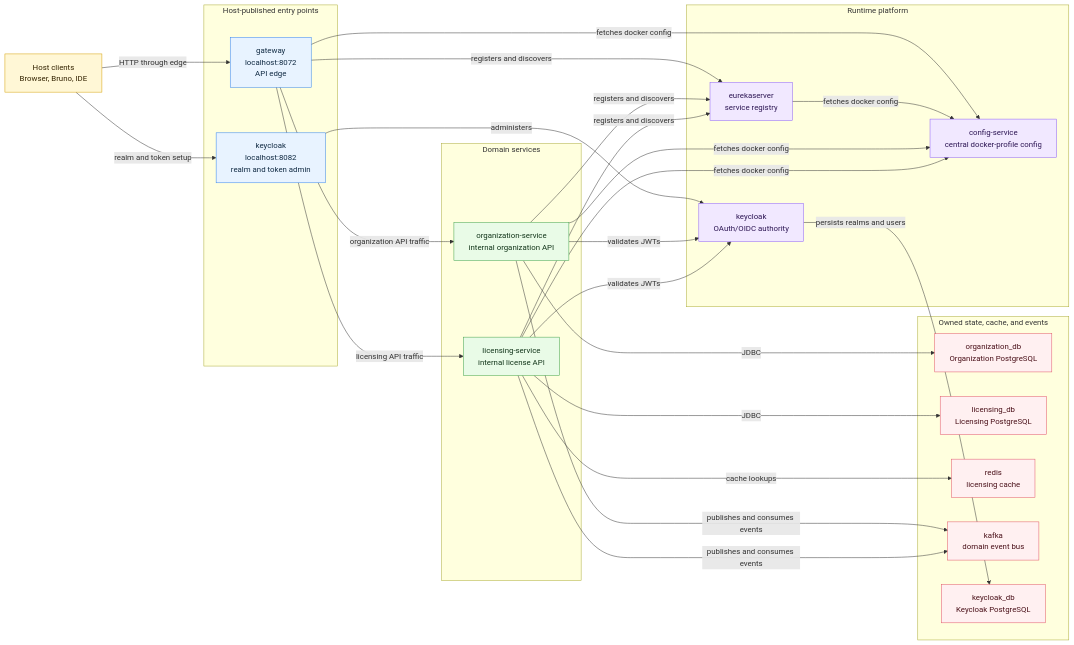
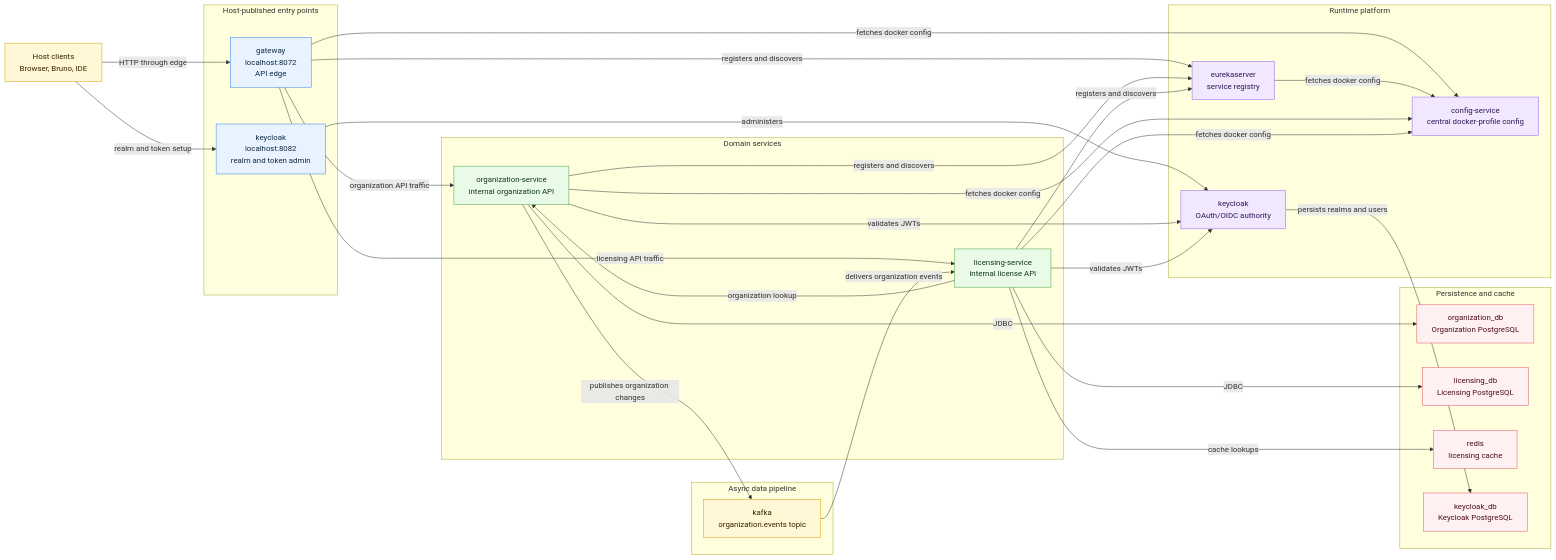
Before and after one commit to albihasani94/deployment: the first of 2 diagrams in README.md, drawn with Mermaid.

Commit message:
Update flowchart

````diff
--- a/README.md
+++ b/README.md
@@ -15,64 +15,70 @@
 ```mermaid
 flowchart LR
     host["Host clients<br/>Browser, Bruno, IDE"]
 
     subgraph Entry["Host-published entry points"]
         gateway["gateway<br/>localhost:8072<br/>API edge"]
         keycloakUi["keycloak<br/>localhost:8082<br/>realm and token admin"]
     end
 
     subgraph Platform["Runtime platform"]
         config["config-service<br/>central docker-profile config"]
         eureka["eurekaserver<br/>service registry"]
         keycloak["keycloak<br/>OAuth/OIDC authority"]
     end
 
     subgraph Domain["Domain services"]
         org["organization-service<br/>internal organization API"]
         licensing["licensing-service<br/>internal license API"]
     end
 
-    subgraph State["Owned state, cache, and events"]
+    subgraph State["Persistence and cache"]
         orgDb["organization_db<br/>Organization PostgreSQL"]
         licensingDb["licensing_db<br/>Licensing PostgreSQL"]
         redis["redis<br/>licensing cache"]
-        kafka["kafka<br/>domain event bus"]
         keycloakDb["keycloak_db<br/>Keycloak PostgreSQL"]
+    end
+
+    subgraph Messaging["Async data pipeline"]
+        kafka["kafka<br/>organization.events topic"]
     end
 
     host -->|HTTP through edge| gateway
     host -->|realm and token setup| keycloakUi
 
     gateway -->|organization API traffic| org
     gateway -->|licensing API traffic| licensing
+    licensing -->|organization lookup| org
 
     gateway -->|fetches docker config| config
     eureka -->|fetches docker config| config
     org -->|fetches docker config| config
     licensing -->|fetches docker config| config
     gateway -->|registers and discovers| eureka
     org -->|registers and discovers| eureka
     licensing -->|registers and discovers| eureka
 
     keycloakUi -->|administers| keycloak
     org -->|validates JWTs| keycloak
     licensing -->|validates JWTs| keycloak
     keycloak -->|persists realms and users| keycloakDb
 
     org -->|JDBC| orgDb
     licensing -->|JDBC| licensingDb
     licensing -->|cache lookups| redis
-    org -->|publishes and consumes events| kafka
-    licensing -->|publishes and consumes events| kafka
+    org -->|publishes organization changes| kafka
+    kafka -->|delivers organization events| licensing
 
     classDef hostNode fill:#fff7d6,stroke:#d59e00,color:#332300;
     classDef entryNode fill:#e8f3ff,stroke:#2f80ed,color:#102a43;
     classDef controlNode fill:#f1e8ff,stroke:#8b5cf6,color:#2d1654;
     classDef domainNode fill:#e9fbe7,stroke:#3c9f45,color:#12351a;
     classDef stateNode fill:#fff0f1,stroke:#e05265,color:#4a1019;
+    classDef messagingNode fill:#fff7d6,stroke:#d59e00,color:#332300;
     class host hostNode;
     class gateway,keycloakUi entryNode;
     class config,eureka,keycloak controlNode;
     class org,licensing domainNode;
-    class orgDb,licensingDb,redis,kafka,keycloakDb stateNode;
+    class orgDb,licensingDb,redis,keycloakDb stateNode;
+    class kafka messagingNode;
 ```
````
